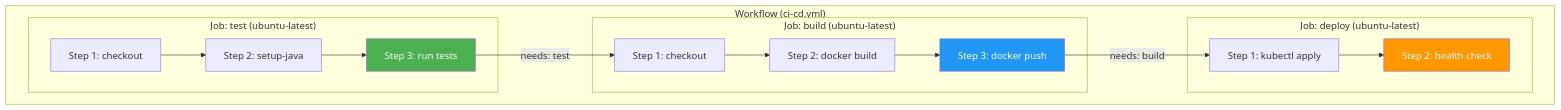
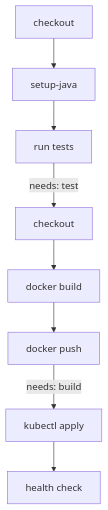
One commit to yjkim2015/yjkim2015.github.io changed the first of 5 diagrams in _posts/cicd/2026-05-03-github-actions-deep.md. Above: the diagram before and after it, drawn with Mermaid. The commit also changed other lines of this file and 215 other files, not shown here.

First line of the commit message:
신규 포스트 10개 추가 + Mermaid 전면 축소 + SystemDesign 시리즈 보강

````diff
--- a/_posts/cicd/2026-05-03-github-actions-deep.md
+++ b/_posts/cicd/2026-05-03-github-actions-deep.md
@@ -28,31 +28,8 @@
 ```mermaid
 graph TB
-    subgraph "Workflow (ci-cd.yml)"
-        subgraph "Job: test (ubuntu-latest)"
-            S1["Step 1: checkout"]
-            S2["Step 2: setup-java"]
-            S3["Step 3: run tests"]
-            S1 --> S2 --> S3
-        end
-
-        subgraph "Job: build (ubuntu-latest)"
-            S4["Step 1: checkout"]
-            S5["Step 2: docker build"]
-            S6["Step 3: docker push"]
-            S4 --> S5 --> S6
-        end
-
-        subgraph "Job: deploy (ubuntu-latest)"
-            S7["Step 1: kubectl apply"]
-            S8["Step 2: health check"]
-            S7 --> S8
-        end
-    end
-
+    S1["checkout"] --> S2["setup-java"] --> S3["run tests"]
+    S4["checkout"] --> S5["docker build"] --> S6["docker push"]
+    S7["kubectl apply"] --> S8["health check"]
     S3 -->|"needs: test"| S4
     S6 -->|"needs: build"| S7
-
-    style S3 fill:#4CAF50,color:#fff
-    style S6 fill:#2196F3,color:#fff
-    style S8 fill:#FF9800,color:#fff
 ```
````
